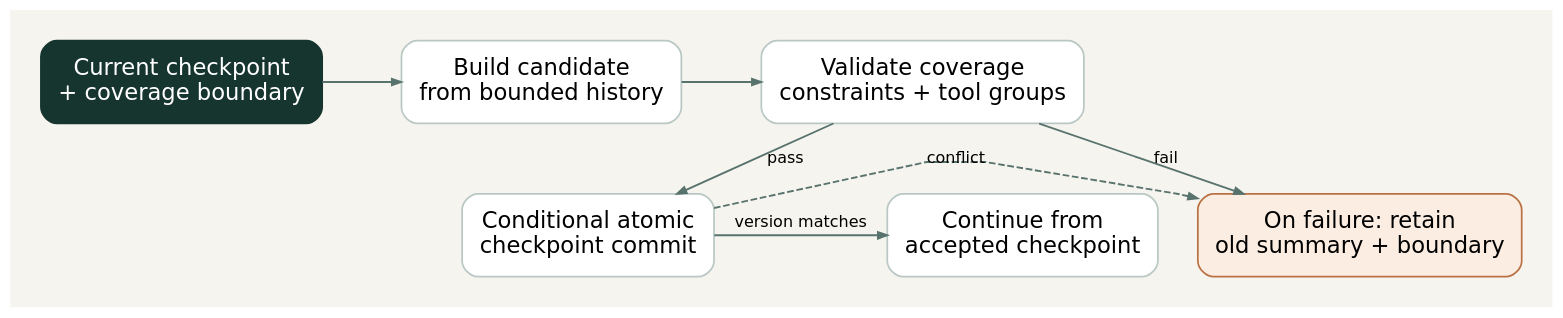
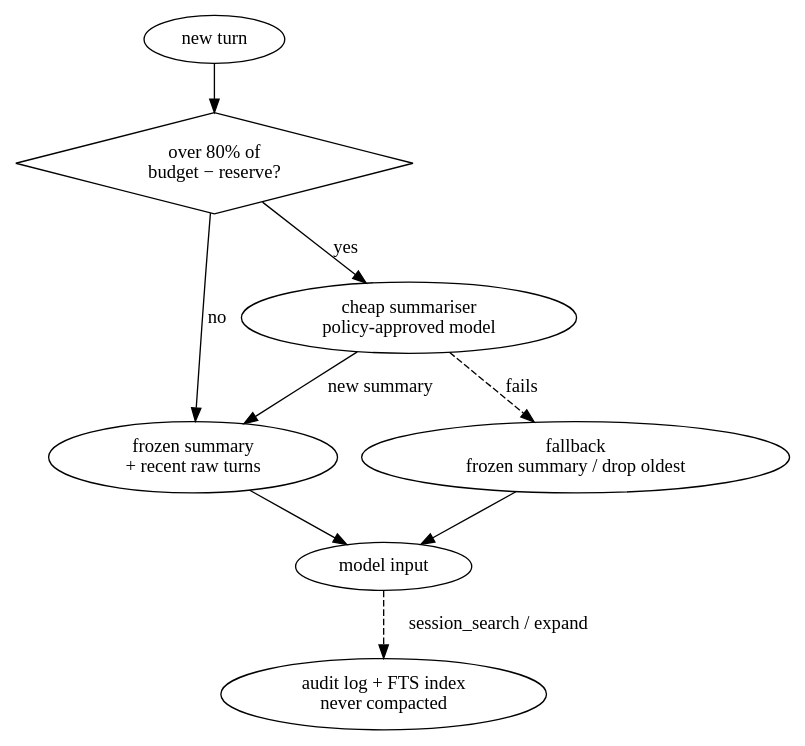
The diagram in src/assets/blog-diagrams/09-agent-context-compaction-checkpoints.dot (Shaunfurtado/Shaunfurtado.github.io), drawn with Graphviz before and after one commit. The commit also changed 114 other files, not shown here.

First line of the commit message:
refactor: rewrite blog posts around real system details and theme the diagrams

```diff
--- a/src/assets/blog-diagrams/09-agent-context-compaction-checkpoints.dot
+++ b/src/assets/blog-diagrams/09-agent-context-compaction-checkpoints.dot
@@ -1,19 +1,18 @@
-digraph design {
-graph [rankdir=TB, bgcolor="#f6f4ee", pad="0.32", nodesep="0.42", ranksep="0.55", splines=polyline, fontname="DejaVu Sans", fontsize=18];
-node [shape=box, style="rounded,filled", fillcolor="#ffffff", color="#b9c8c4", penwidth=1.3, fontname="DejaVu Sans", fontsize=17, margin="0.20,0.16"];
-edge [color="#58736e", fontname="DejaVu Sans", fontsize=12, arrowsize=0.7, penwidth=1.4];
-prior [label="Current checkpoint\n+ coverage boundary",fillcolor="#16352f",fontcolor="#ffffff",color="#16352f"];
-candidate [label="Build candidate\nfrom bounded history"];
-validate [label="Validate coverage\nconstraints + tool groups"];
-commit [label="Conditional atomic\ncheckpoint commit"];
-continue [label="Continue from\naccepted checkpoint"];
-retain [label="On failure: retain\nold summary + boundary",fillcolor="#fbede1",color="#ba7245"];
-prior -> candidate [label=""];
-candidate -> validate [label=""];
-validate -> commit [label="pass"];
-validate -> retain [label="fail"];
-commit -> continue [label="version matches"];
-commit -> retain [label="conflict",style=dashed,constraint=false];
-{rank=same; prior; candidate; validate;}
-{rank=same; retain; commit; continue;}
+digraph compaction {
+rankdir=TB;
+turn [label="new turn"];
+check [label="over 80% of\nbudget − reserve?", shape=diamond, style=""];
+reuse [label="frozen summary\n+ recent raw turns"];
+summ [label="cheap summariser\npolicy-approved model", class="key"];
+fall [label="fallback\nfrozen summary / drop oldest", class="ghost"];
+input [label="model input"];
+index [label="audit log + FTS index\nnever compacted"];
+turn -> check;
+check -> reuse [label="no"];
+check -> summ [label="yes"];
+summ -> reuse [label="new summary"];
+summ -> fall [label="fails", style=dashed];
+reuse -> input;
+fall -> input;
+input -> index [label="session_search / expand", style=dashed];
 }
```
